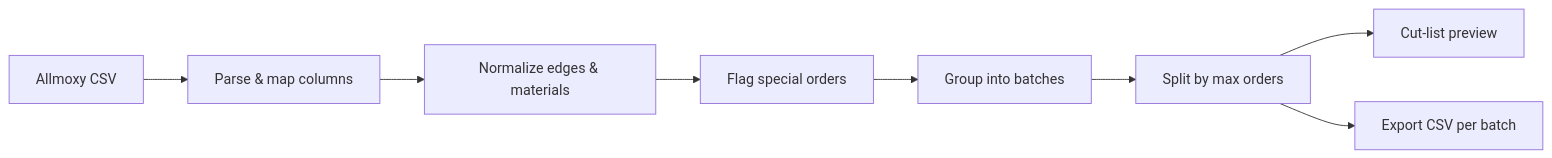
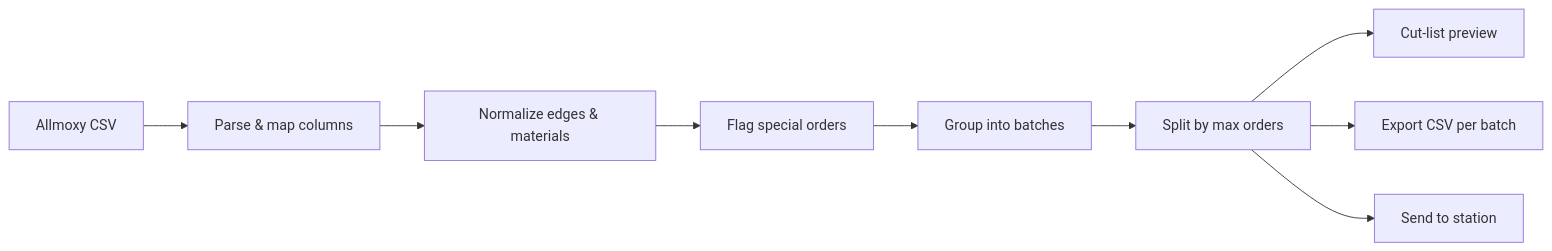
Before and after one commit to drawerboxspecialties-ops/OpticutExportAppV2: the diagram in PRESENTATION.md, drawn with Mermaid. The commit also changed other lines of this file and 4 other files, not shown here.

````diff
--- a/PRESENTATION.md
+++ b/PRESENTATION.md
@@ -32,10 +37,11 @@
 ```mermaid
 flowchart LR
   A[Allmoxy CSV] --> B[Parse & map columns]
   B --> C[Normalize edges & materials]
   C --> D[Flag special orders]
   D --> E[Group into batches]
   E --> F[Split by max orders]
   F --> G[Cut-list preview]
   F --> H[Export CSV per batch]
+  F --> I[Send to station]
 ```
````
